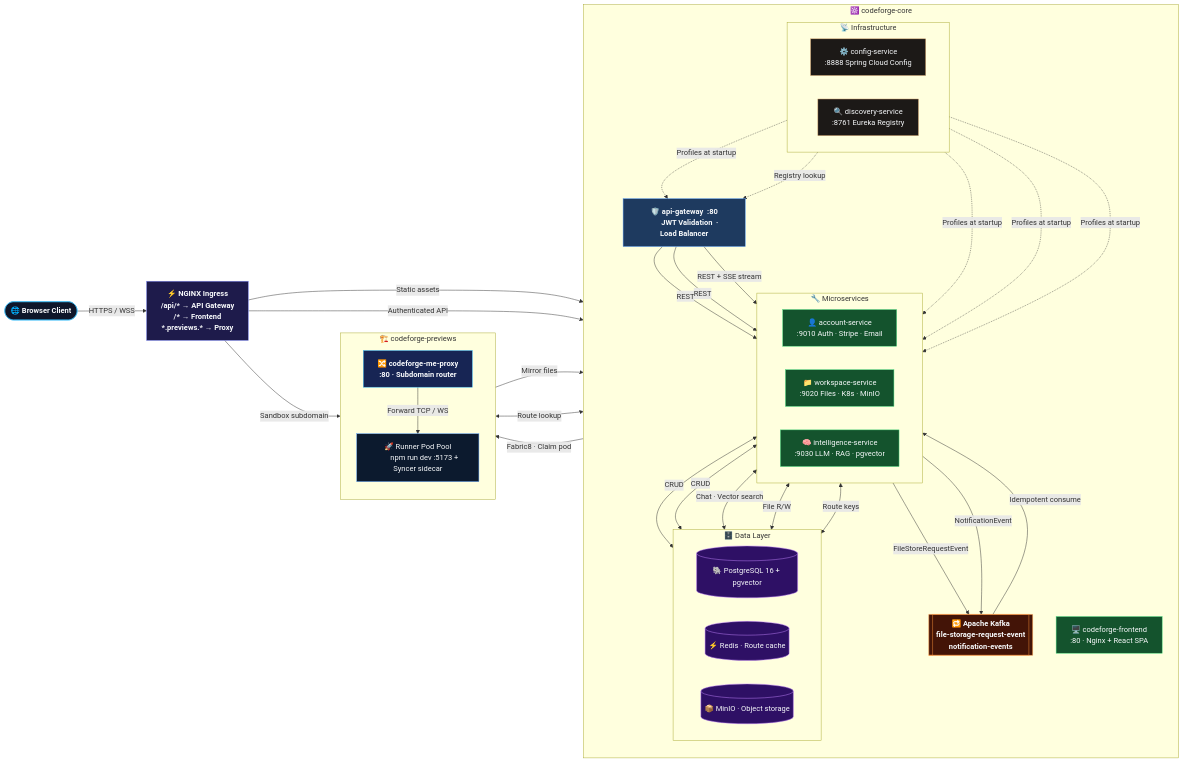
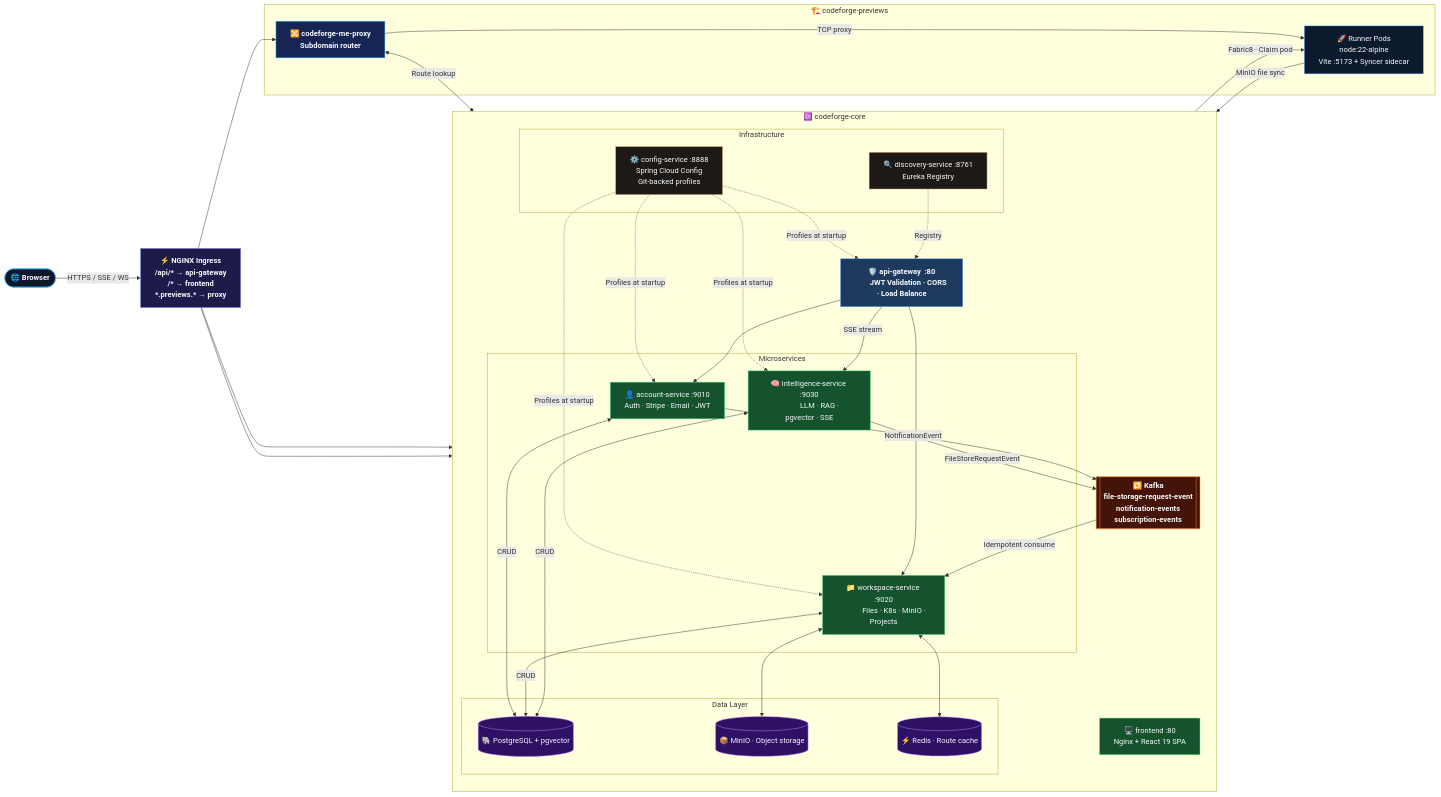
Before and after one commit to aditighoshagd/Distributed-CodeForge: the diagram in README.md, drawn with Mermaid. The commit also changed other lines of this file, not shown here.

Commit message:
Rewrite README with full API reference, real code flows, and deep technical docs

````diff
--- a/README.md
+++ b/README.md
@@ -77,81 +56,80 @@
 ```mermaid
 flowchart LR
     classDef client   fill:#0F172A,stroke:#38BDF8,color:#F8FAFC,font-weight:bold
     classDef ingress  fill:#1E1B4B,stroke:#818CF8,color:#F8FAFC,font-weight:bold
     classDef frontend fill:#14532D,stroke:#4ADE80,color:#F8FAFC
     classDef gateway  fill:#1E3A5F,stroke:#60A5FA,color:#F8FAFC,font-weight:bold
     classDef cfgsvc   fill:#1C1917,stroke:#D4A26A,color:#F8FAFC
     classDef svc      fill:#14532D,stroke:#4ADE80,color:#F8FAFC
     classDef kafka    fill:#431407,stroke:#FB923C,color:#F8FAFC,font-weight:bold
     classDef db       fill:#2E1065,stroke:#C084FC,color:#F8FAFC
     classDef proxy    fill:#172554,stroke:#38BDF8,color:#F8FAFC,font-weight:bold
     classDef runner   fill:#0C1A2E,stroke:#60A5FA,color:#F8FAFC
 
-    BROWSER(["🌐 Browser Client"]):::client
+    BROWSER(["🌐 Browser"]):::client
     NGINX["⚡ NGINX Ingress
-    /api/* → API Gateway
-    /* → Frontend
-    *.previews.* → Proxy"]:::ingress
-    BROWSER -->|"HTTPS / WSS"| NGINX
+    /api/* → api-gateway
+    /* → frontend
+    *.previews.* → proxy"]:::ingress
+    BROWSER -->|"HTTPS / SSE / WS"| NGINX
 
     subgraph CORE ["  ☸️  codeforge-core  "]
         direction TB
-        FE["🖥️ codeforge-frontend
-        :80  ·  Nginx + React SPA"]:::frontend
-        subgraph INFRA_ROW ["  📡 Infrastructure  "]
-            direction LR
-            CFG["⚙️ config-service
-            :8888  Spring Cloud Config"]:::cfgsvc
-            EUR["🔍 discovery-service
-            :8761  Eureka Registry"]:::cfgsvc
+        FE["🖥️ frontend  :80
+        Nginx + React 19 SPA"]:::frontend
+
+        subgraph INFRA ["  Infrastructure  "]
+            CFG["⚙️ config-service :8888
+            Spring Cloud Config
+            Git-backed profiles"]:::cfgsvc
+            EUR["🔍 discovery-service :8761
+            Eureka Registry"]:::cfgsvc
         end
+
         GW["🛡️ api-gateway  :80
-        JWT Validation  ·  Load Balancer"]:::gateway
-        subgraph SVCS ["  🔧 Microservices  "]
-            direction LR
-            ACC["👤 account-service
-            :9010  Auth · Stripe · Email"]:::svc
-            WS["📁 workspace-service
-            :9020  Files · K8s · MinIO"]:::svc
-            INT["🧠 intelligence-service
-            :9030  LLM · RAG · pgvector"]:::svc
+        JWT Validation · CORS · Load Balance"]:::gateway
+
+        subgraph SVCS ["  Microservices  "]
+            ACC["👤 account-service :9010
+            Auth · Stripe · Email · JWT"]:::svc
+            WS["📁 workspace-service :9020
+            Files · K8s · MinIO · Projects"]:::svc
+            INT["🧠 intelligence-service :9030
+            LLM · RAG · pgvector · SSE"]:::svc
         end
-        KAFKA[["🔁 Apache Kafka
+
+        KAFKA[["🔁 Kafka
         file-storage-request-event
-        notification-events"]]:::kafka
-        subgraph DATA ["  🗄️ Data Layer  "]
-            direction LR
-            PG[("🐘 PostgreSQL 16 + pgvector")]:::db
+        notification-events
+        subscription-events"]]:::kafka
+
+        subgraph DATA ["  Data Layer  "]
+            PG[("🐘 PostgreSQL + pgvector")]:::db
             RD[("⚡ Redis · Route cache")]:::db
             MN[("📦 MinIO · Object storage")]:::db
         end
     end
 
     subgraph PREV ["  🏗️  codeforge-previews  "]
-        direction TB
         PROX["🔀 codeforge-me-proxy
-        :80  ·  Subdomain router"]:::proxy
-        PODS["🚀 Runner Pod Pool
-        npm run dev :5173 + Syncer sidecar"]:::runner
+        Subdomain router"]:::proxy
+        PODS["🚀 Runner Pods
+        node:22-alpine
+        Vite :5173 + Syncer sidecar"]:::runner
     end
 
-    NGINX -->|"Static assets"| FE
-    NGINX -->|"Authenticated API"| GW
-    NGINX -->|"Sandbox subdomain"| PROX
+    NGINX --> FE & GW & PROX
     CFG -.->|"Profiles at startup"| GW & ACC & WS & INT
-    EUR -.->|"Registry lookup"| GW
-    GW -->|"REST"| ACC & WS
-    GW -->|"REST + SSE stream"| INT
-    ACC <-->|"CRUD"| PG
-    WS  <-->|"CRUD"| PG
-    INT <-->|"Chat · Vector search"| PG
-    WS  <-->|"File R/W"| MN
-    WS  <-->|"Route keys"| RD
+    EUR -.->|"Registry"| GW
+    GW --> ACC & WS
+    GW -->|"SSE stream"| INT
+    ACC & WS & INT <-->|"CRUD"| PG
+    WS <--> MN & RD
     INT -->|"FileStoreRequestEvent"| KAFKA
     ACC -->|"NotificationEvent"| KAFKA
     KAFKA -->|"Idempotent consume"| WS
-    WS   -->|"Fabric8 · Claim pod"| PODS
-    PODS -->|"Mirror files"| MN
+    WS -->|"Fabric8 · Claim pod"| PODS
+    PODS -->|"MinIO file sync"| MN
     PROX <-->|"Route lookup"| RD
-    PROX -->|"Forward TCP / WS"| PODS
+    PROX -->|"TCP proxy"| PODS
 ```
````
